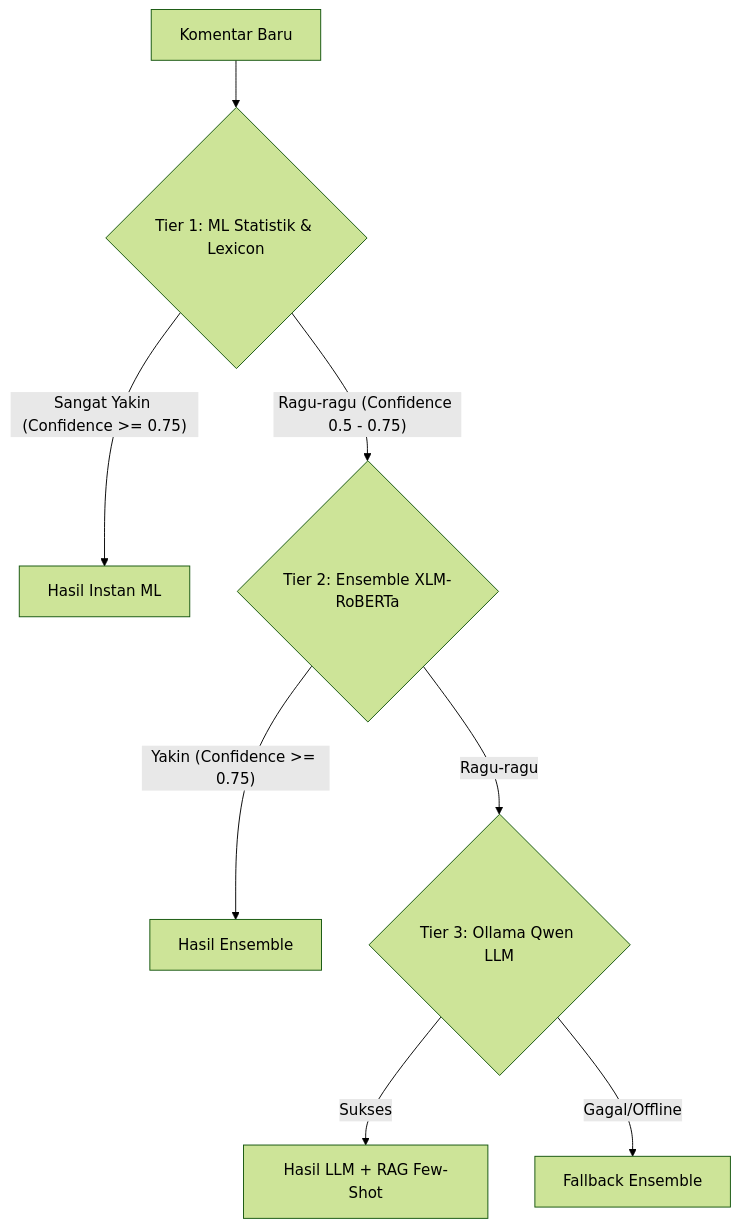
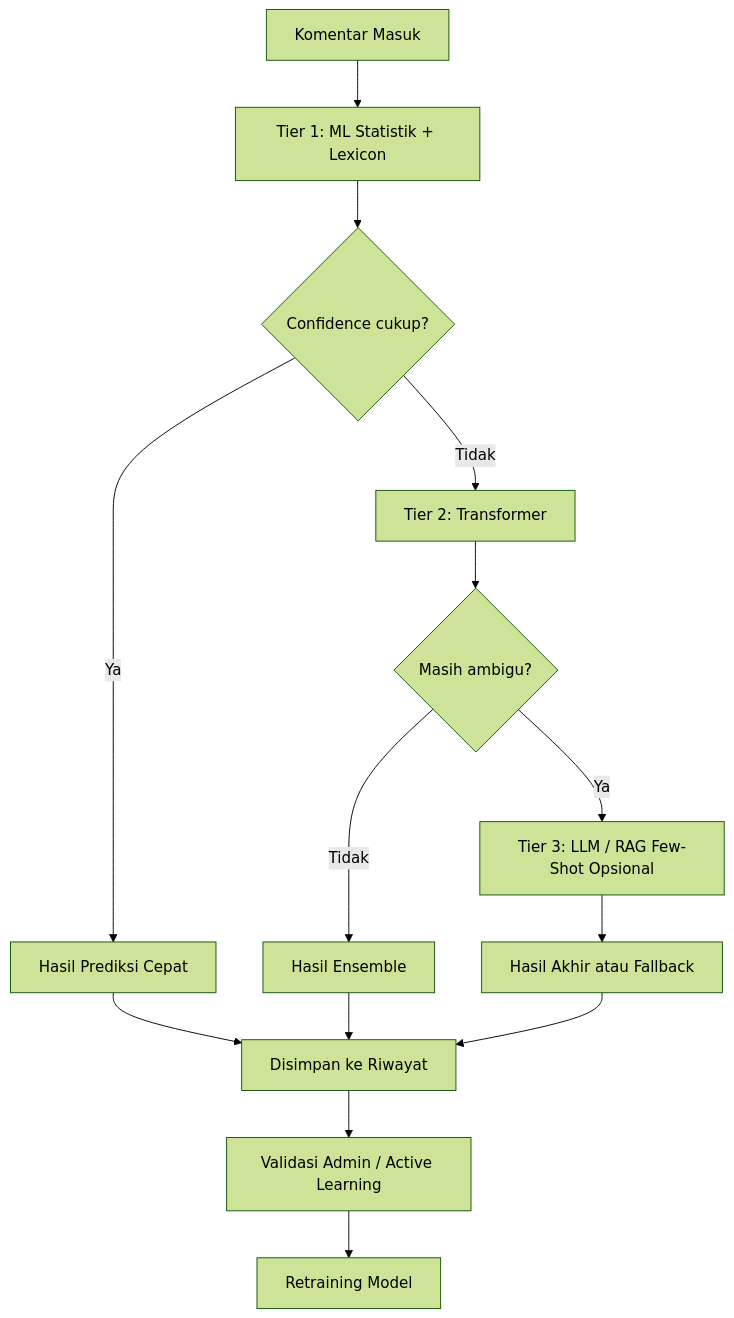
Before and after one commit to Maliq-dlt/indonesian-cyberbullying-detection-api: the diagram in README.md, drawn with Mermaid (forest theme). The commit also changed other lines of this file and 7 other files, not shown here.

````diff
--- a/README.md
+++ b/README.md
@@ -19,10 +36,16 @@
 ```mermaid
 graph TD
-    A[Komentar Baru] --> B{Tier 1: ML Statistik & Lexicon}
-    B -- "Sangat Yakin (Confidence >= 0.75)" --> C[Hasil Instan ML]
-    B -- "Ragu-ragu (Confidence 0.5 - 0.75)" --> D{Tier 2: Ensemble XLM-RoBERTa}
-    D -- "Yakin (Confidence >= 0.75)" --> E[Hasil Ensemble]
-    D -- "Ragu-ragu" --> F{Tier 3: Ollama Qwen LLM}
-    F -- "Sukses" --> G[Hasil LLM + RAG Few-Shot]
-    F -- "Gagal/Offline" --> H[Fallback Ensemble]
+    A[Komentar Masuk] --> B[Tier 1: ML Statistik + Lexicon]
+    B --> C{Confidence cukup?}
+    C -- Ya --> D[Hasil Prediksi Cepat]
+    C -- Tidak --> E[Tier 2: Transformer]
+    E --> F{Masih ambigu?}
+    F -- Tidak --> G[Hasil Ensemble]
+    F -- Ya --> H[Tier 3: LLM / RAG Few-Shot Opsional]
+    H --> I[Hasil Akhir atau Fallback]
+    D --> J[Disimpan ke Riwayat]
+    G --> J
+    I --> J
+    J --> K[Validasi Admin / Active Learning]
+    K --> L[Retraining Model]
 ```
````
